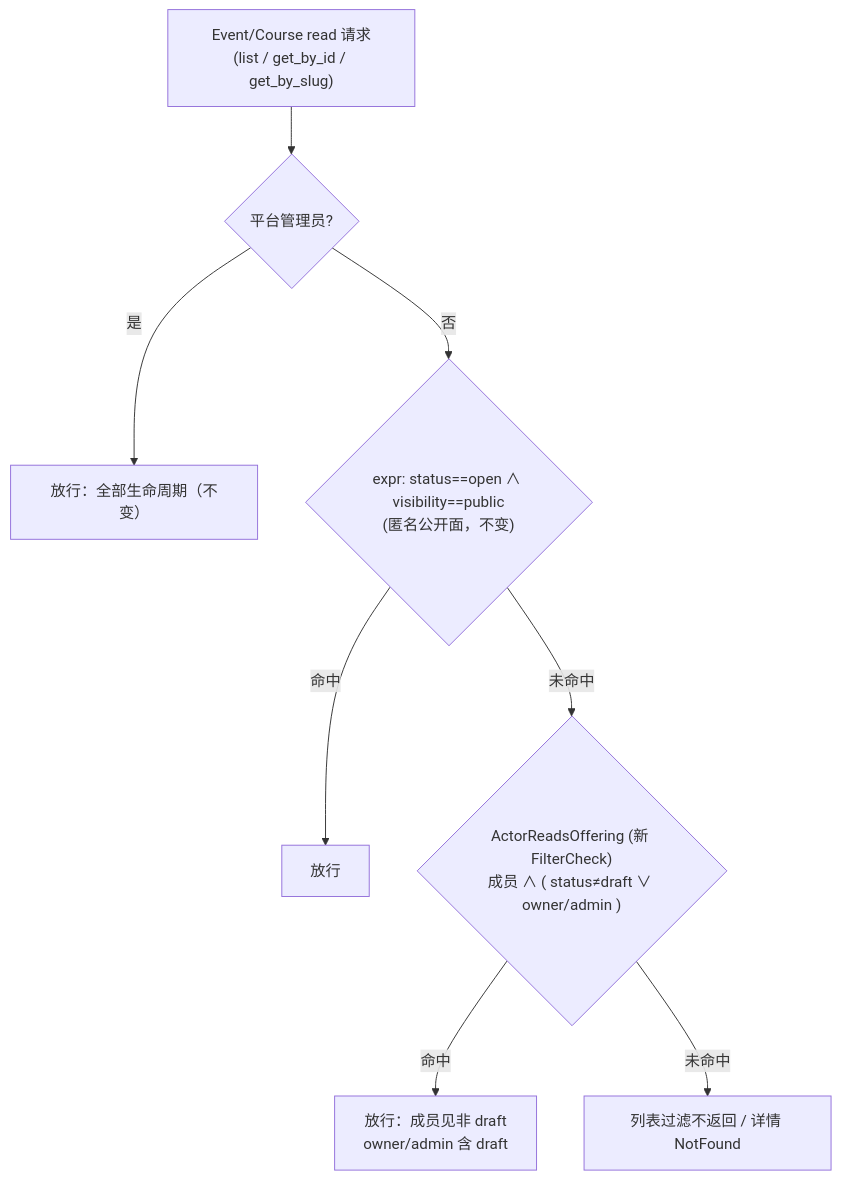
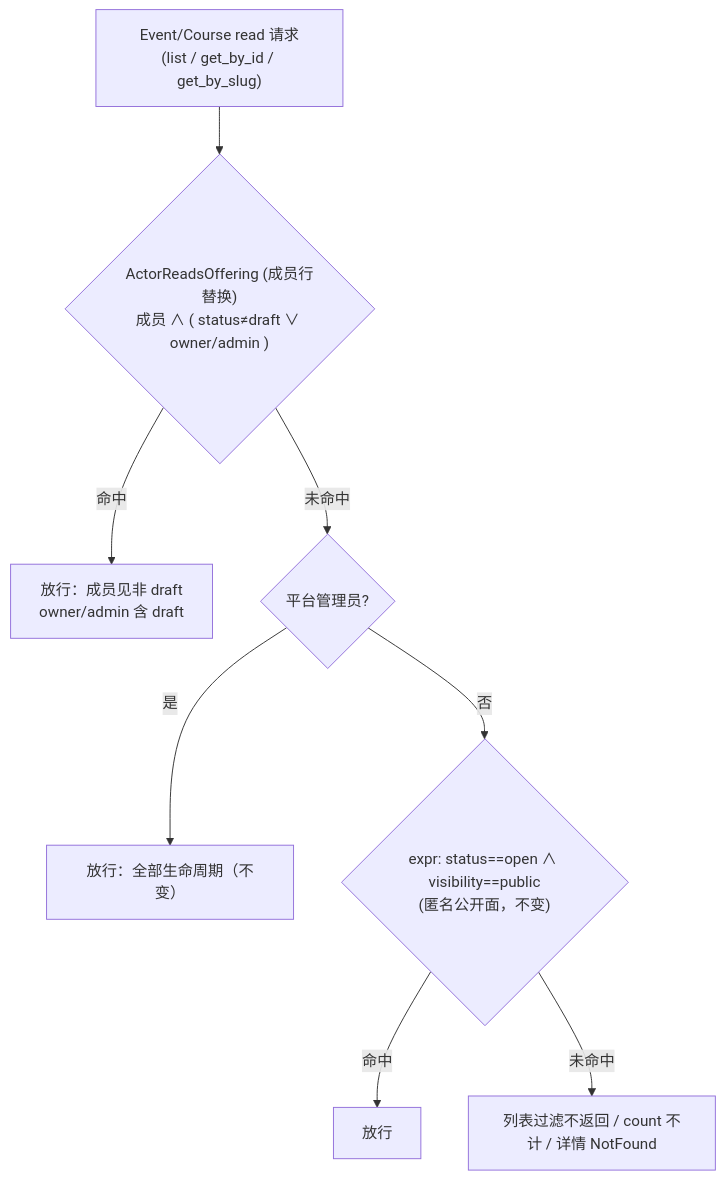
Before and after one commit to CodingGirlsClub/cgc_2046: the diagram in docs/plans/2026-08-15-016-fix-offering-draft-visibility-plan.md, drawn with Mermaid. The commit also changed other lines of this file, not shown here.

````diff
--- a/docs/plans/2026-08-15-016-fix-offering-draft-visibility-plan.md
+++ b/docs/plans/2026-08-15-016-fix-offering-draft-visibility-plan.md
@@ -90,10 +111,10 @@
 ```mermaid
 flowchart TB
-  Q["Event/Course read 请求<br/>(list / get_by_id / get_by_slug)"] --> PA{"平台管理员?"}
+  Q["Event/Course read 请求<br/>(list / get_by_id / get_by_slug)"] --> NEW{"ActorReadsOffering (成员行替换)<br/>成员 ∧ ( status≠draft ∨ owner/admin )"}
+  NEW -->|命中| OKM["放行：成员见非 draft<br/>owner/admin 含 draft"]
+  NEW -->|未命中| PA{"平台管理员?"}
   PA -->|是| OKA["放行：全部生命周期（不变）"]
   PA -->|否| PUB{"expr: status==open ∧ visibility==public<br/>(匿名公开面，不变)"}
   PUB -->|命中| OKP["放行"]
-  PUB -->|未命中| NEW{"ActorReadsOffering (新 FilterCheck)<br/>成员 ∧ ( status≠draft ∨ owner/admin )"}
-  NEW -->|命中| OKM["放行：成员见非 draft<br/>owner/admin 含 draft"]
-  NEW -->|未命中| DENY["列表过滤不返回 / 详情 NotFound"]
+  PUB -->|未命中| DENY["列表过滤不返回 / count 不计 / 详情 NotFound"]
 ```
````
